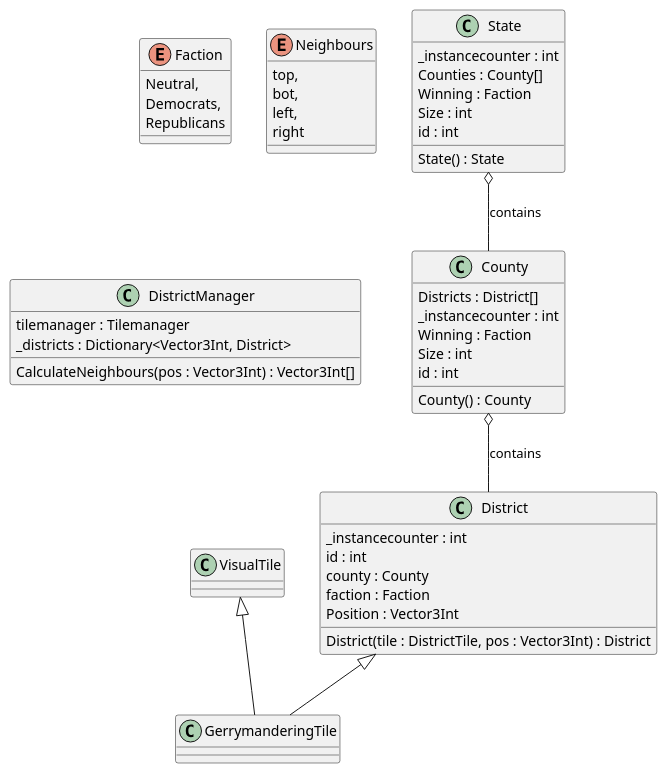
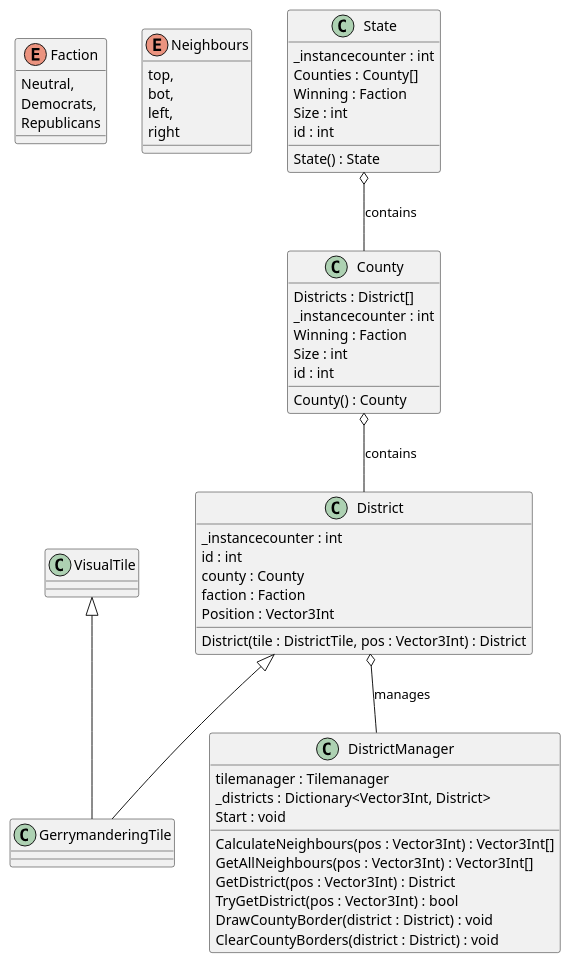
Before and after one commit to Buecherregale/Gerrymandering: the diagram in obsidian/Gerrymandering/Class Diagramm.md, drawn with PlantUML.

Commit message:
updated Class Diagramm.md

````diff
--- a/obsidian/Gerrymandering/Class Diagramm.md
+++ b/obsidian/Gerrymandering/Class Diagramm.md
@@ -2,63 +2,70 @@
 ```plantuml
 
 enum Faction {
  Neutral,
  Democrats,
  Republicans
 }
 
 enum Neighbours {
 	top,
 	bot,
 	left,
 	right
 }
 
 class GerrymanderingTile {
 
 }
 
 class VisualTile {
 
 }
 
 class District {
 	_instancecounter : int
 	id : int
 	county : County
 	faction : Faction 
 	Position : Vector3Int
 	District(tile : DistrictTile, pos : Vector3Int) : District
 }
 
 class County {
 	Districts : District[]
 	_instancecounter : int
 	Winning : Faction
 	Size : int
 	id : int 
 	County() : County
 }
 
 class State {
 	_instancecounter : int
 	Counties : County[]
 	Winning : Faction
 	Size : int
 	id : int
 	State() : State
 }
 
 class DistrictManager {
 	tilemanager : Tilemanager
 	_districts : Dictionary<Vector3Int, District>
 	CalculateNeighbours(pos : Vector3Int) : Vector3Int[]
+	GetAllNeighbours(pos : Vector3Int) : Vector3Int[]
+	GetDistrict(pos : Vector3Int) : District
+	TryGetDistrict(pos : Vector3Int) : bool
+	DrawCountyBorder(district : District) : void
+	ClearCountyBorders(district : District) : void
+	Start : void
 }
 
 District <|-- GerrymanderingTile
 VisualTile <|-- GerrymanderingTile
 County o-- District : contains
 State o-- County : contains
+District o-- DistrictManager : manages
 
 
 ```
````
